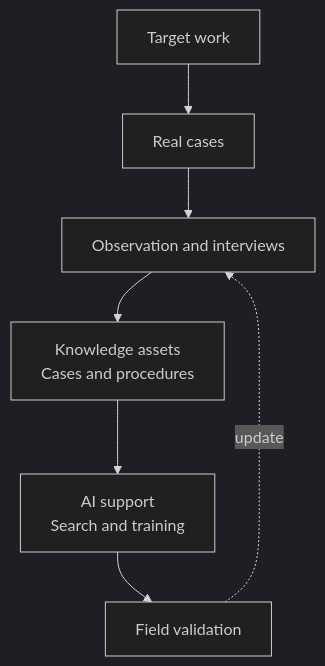
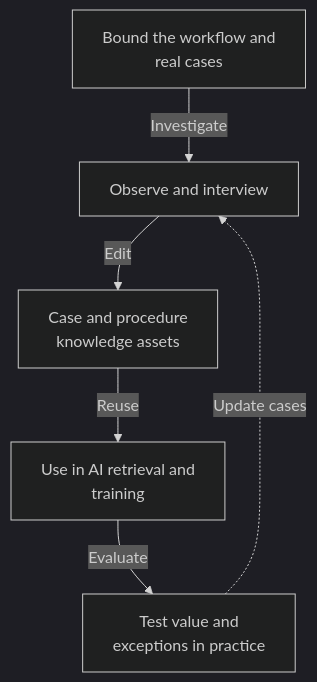
The third of 3 diagrams in articles/report/tacit-knowledge-business-theory/en/index.mdx (daylight55/research), drawn with Mermaid (dark theme) before and after one commit. The commit also changed other lines of this file and 181 other files, not shown here.

First line of the commit message:
全記事の図解368点を再生成し、共通注意書きを削除 (#402)

````diff
--- a/articles/report/tacit-knowledge-business-theory/en/index.mdx
+++ b/articles/report/tacit-knowledge-business-theory/en/index.mdx
@@ -146,9 +158,15 @@
 ```mermaid
 flowchart TD
-  P["Target work"] --> C["Real cases"]
-  C --> A["Observation and interviews"]
-  A --> K["Knowledge assets<br/>Cases and procedures"]
-  K --> AI["AI support<br/>Search and training"]
-  AI --> V["Field validation"]
-  V -. update .-> A
+  accTitle: Design knowledge assets and AI support from work cases
+  accDescr: Choose a workflow and real cases, turn observation and interviews into knowledge assets, and validate retrieval and training uses in the field.
+  N0["Bound the workflow and<br/>real cases"]
+  N1["Observe and interview"]
+  N2["Case and procedure<br/>knowledge assets"]
+  N3["Use in AI retrieval and<br/>training"]
+  N4["Test value and<br/>exceptions in practice"]
+  N0 -->|Investigate| N1
+  N1 -->|Edit| N2
+  N2 -->|Reuse| N3
+  N3 -->|Evaluate| N4
+  N4 -.->|Update cases| N1
 ```
````
